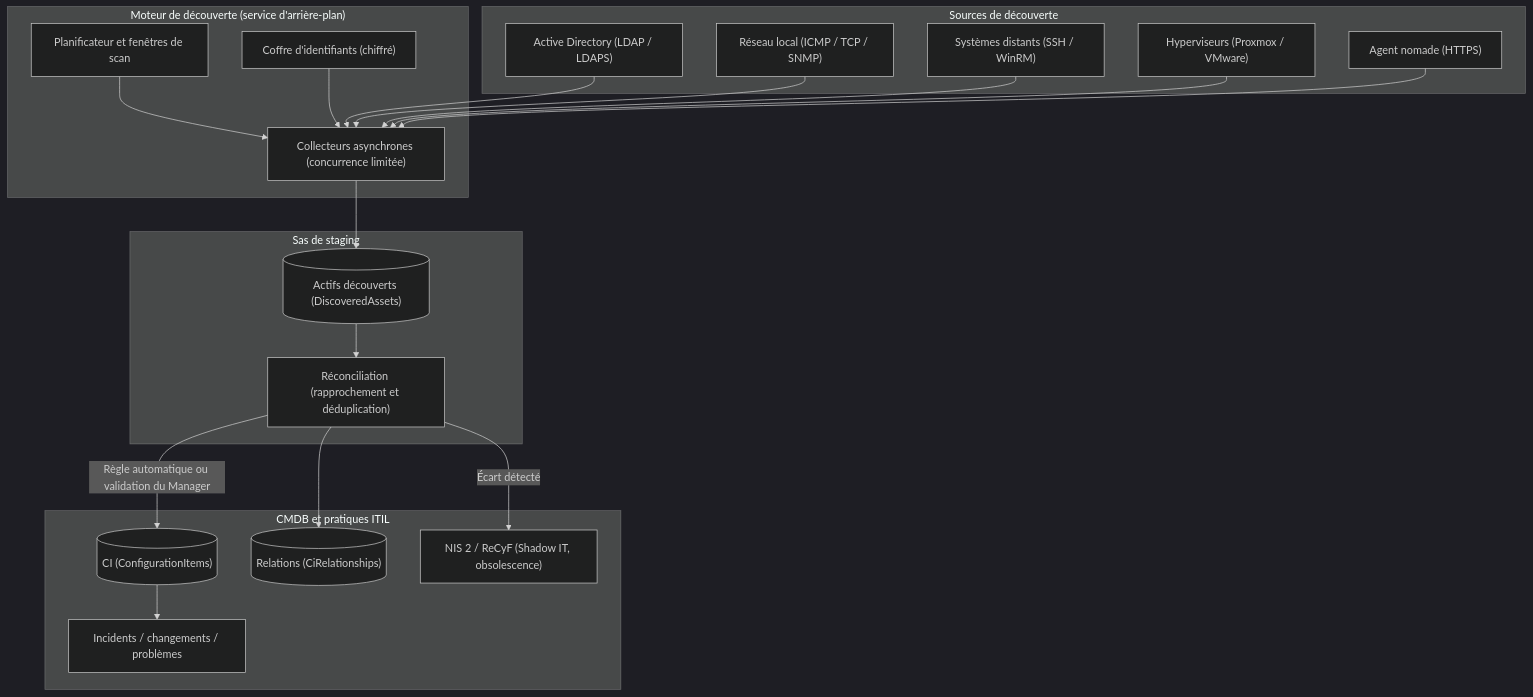
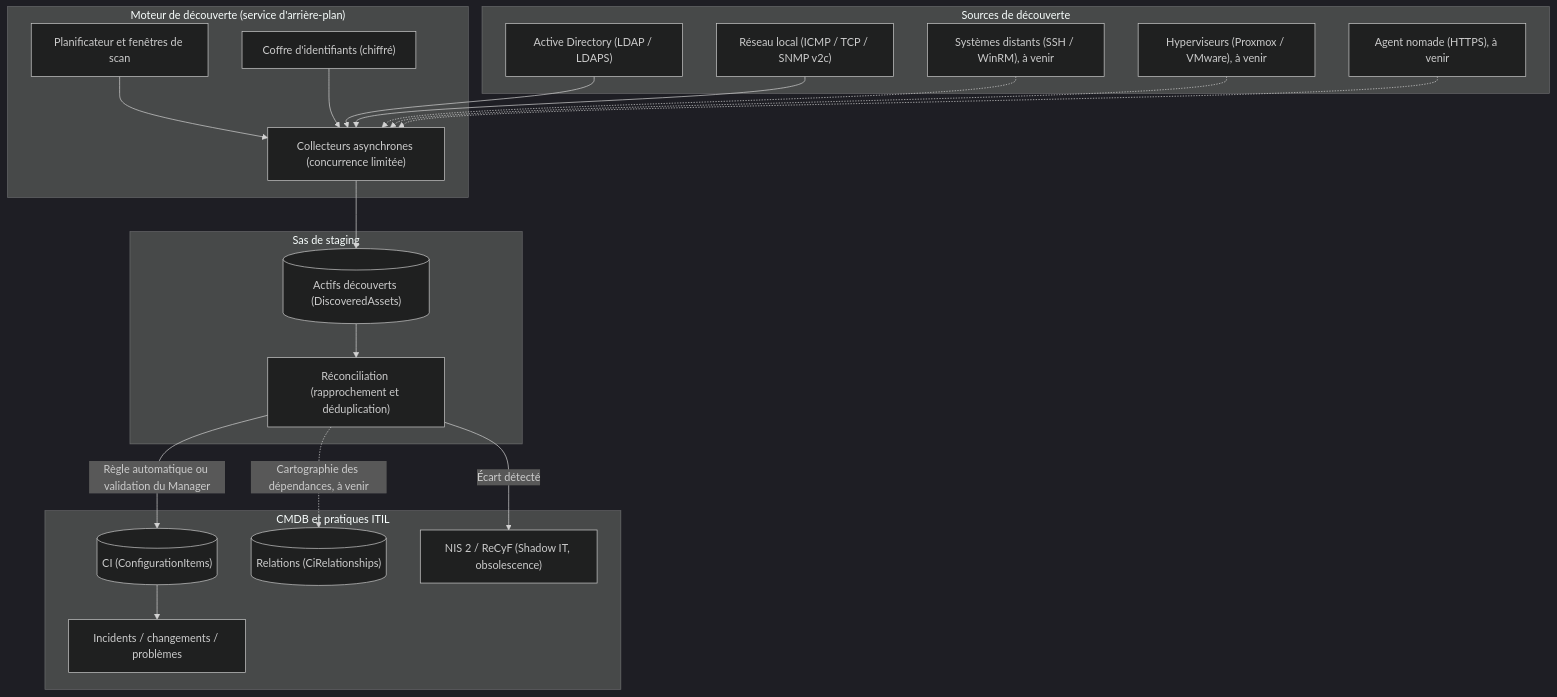
Before and after one commit to christian-raj/S-Aloha: the third of 5 diagrams in docs/reference/processus/gestion-de-la-configuration.md, drawn with Mermaid (dark theme). The commit also changed other lines of this file and 14 other files, not shown here.

````diff
--- a/docs/reference/processus/gestion-de-la-configuration.md
+++ b/docs/reference/processus/gestion-de-la-configuration.md
@@ -199,42 +213,42 @@
 ```mermaid
 flowchart TD
     subgraph Sources ["Sources de découverte"]
         AD["Active Directory (LDAP / LDAPS)"]
-        NET["Réseau local (ICMP / TCP / SNMP)"]
-        SYS["Systèmes distants (SSH / WinRM)"]
-        VIRT["Hyperviseurs (Proxmox / VMware)"]
-        AGT["Agent nomade (HTTPS)"]
+        NET["Réseau local (ICMP / TCP / SNMP v2c)"]
+        SYS["Systèmes distants (SSH / WinRM), à venir"]
+        VIRT["Hyperviseurs (Proxmox / VMware), à venir"]
+        AGT["Agent nomade (HTTPS), à venir"]
     end
 
     subgraph Engine ["Moteur de découverte (service d'arrière-plan)"]
         SCHED["Planificateur et fenêtres de scan"]
         VAULT["Coffre d'identifiants (chiffré)"]
         WORKER["Collecteurs asynchrones (concurrence limitée)"]
         SCHED --> WORKER
         VAULT --> WORKER
     end
 
     AD --> WORKER
     NET --> WORKER
-    SYS --> WORKER
-    VIRT --> WORKER
-    AGT --> WORKER
+    SYS -.-> WORKER
+    VIRT -.-> WORKER
+    AGT -.-> WORKER
 
     subgraph StagingZone ["Sas de staging"]
         RAW[("Actifs découverts (DiscoveredAssets)")]
         MATCH["Réconciliation (rapprochement et déduplication)"]
         WORKER --> RAW
         RAW --> MATCH
     end
 
     subgraph CMDB ["CMDB et pratiques ITIL"]
         CI[("CI (ConfigurationItems)")]
         REL[("Relations (CiRelationships)")]
         NIS["NIS 2 / ReCyF (Shadow IT, obsolescence)"]
         ITIL["Incidents / changements / problèmes"]
         MATCH -->|"Règle automatique ou validation du Manager"| CI
-        MATCH --> REL
+        MATCH -.->|"Cartographie des dépendances, à venir"| REL
         MATCH -->|"Écart détecté"| NIS
         CI --> ITIL
     end
 ```
````
